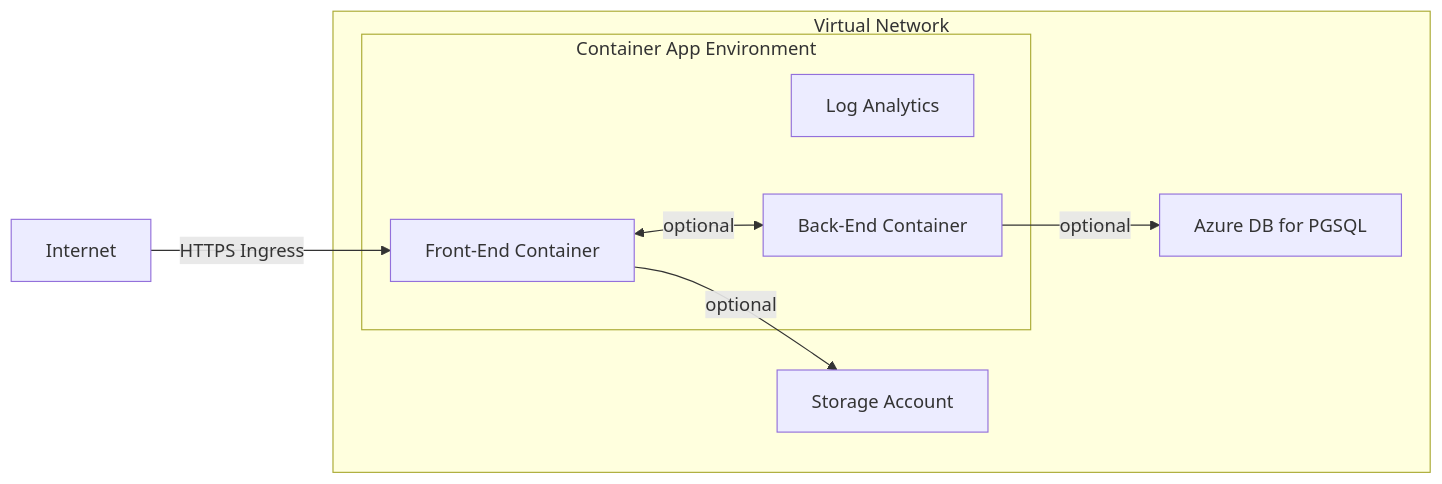
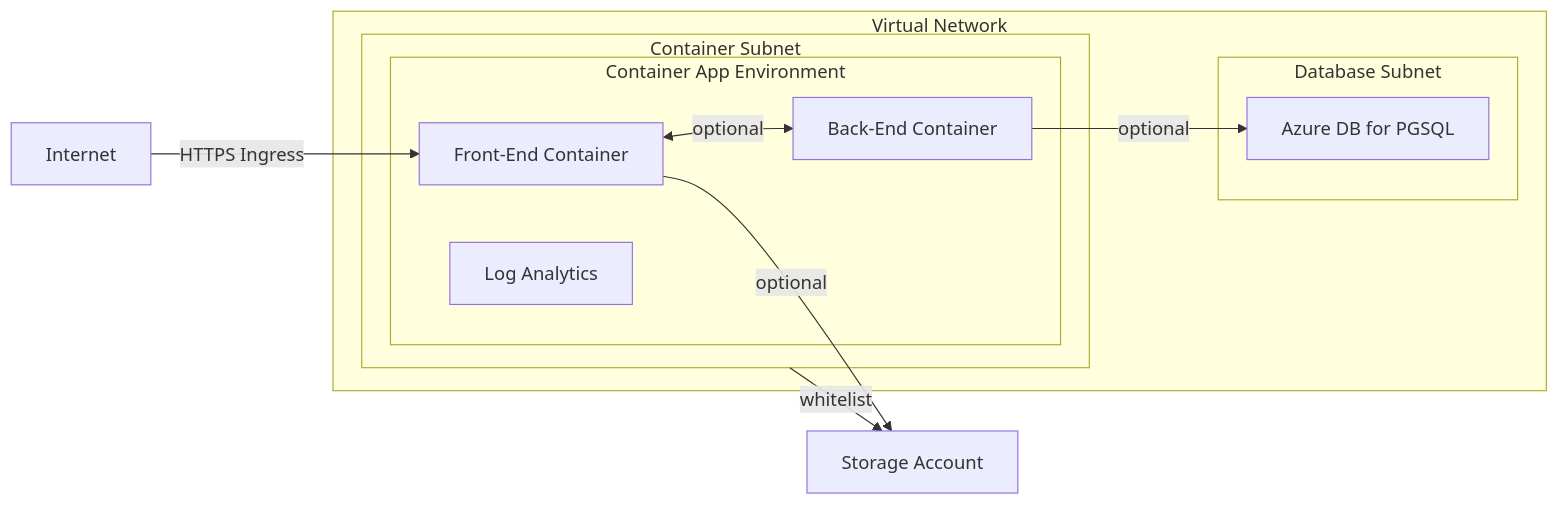
One commit to mirfire/azure-bicep-training changed the first of 3 diagrams in README.md. Above: the diagram before and after it, drawn with Mermaid.

Commit message:
docs: updated mermaid graph for solution

````diff
--- a/README.md
+++ b/README.md
@@ -26,16 +26,21 @@
 ```mermaid
 flowchart LR
     internet[Internet]-->|HTTPS Ingress| containerFront
     subgraph vnet [Virtual Network]
+      subgraph subnetContainer [Container Subnet]
         subgraph environment [Container App Environment]
             logAnalytics[Log Analytics]
             containerFront[Front-End Container]
             containerBack[Back-End Container]
             containerFront <-->|optional| containerBack
         end
+      end
+      subgraph subnetDB [Database Subnet]
+        database[Azure DB for PGSQL]
         containerBack -->|optional| database
-        database[Azure DB for PGSQL]
-        storageAccount[Storage Account]
-        containerFront -->|optional| storageAccount
+      end
     end
+    storageAccount[Storage Account]
+    subnetContainer -->|whitelist| storageAccount
+    containerFront -->|optional| storageAccount
 ```
````
